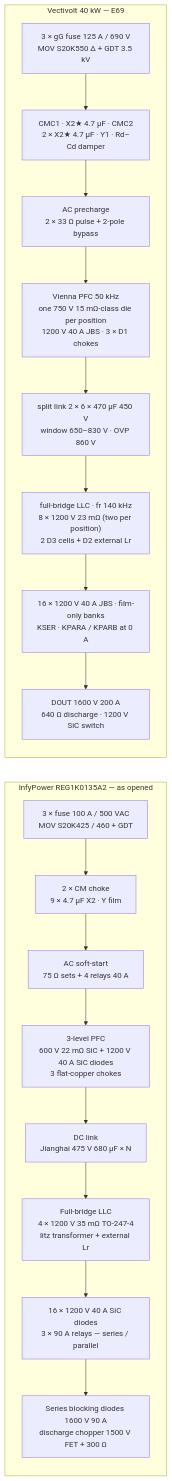
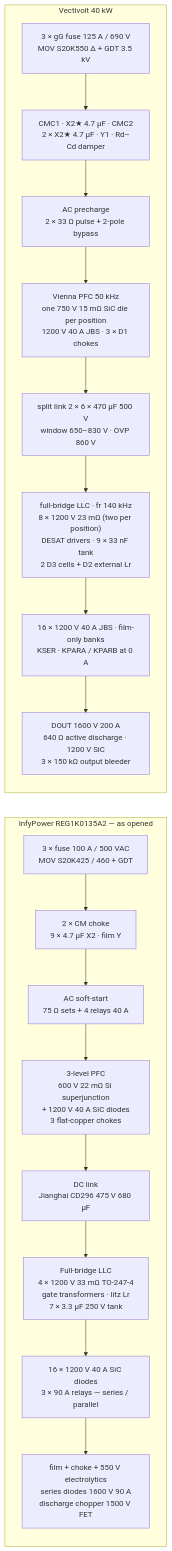
One commit to vectivolt/DC-Modules changed the first of 2 diagrams in docs/benchmark-infypower-teardown.md. Above: the diagram before and after it, drawn with Mermaid. The commit also changed other lines of this file and 802 other files, not shown here.

````diff
--- a/docs/benchmark-infypower-teardown.md
+++ b/docs/benchmark-infypower-teardown.md
@@ -93,23 +56,23 @@
 ```mermaid
 flowchart LR
   subgraph INFY["InfyPower REG1K0135A2 — as opened"]
     direction TB
-    IF["3 × fuse 100 A / 500 VAC<br/>MOV S20K425 / 460 + GDT"] --> IE["2 × CM choke<br/>9 × 4.7 µF X2 · Y film"]
+    IF["3 × fuse 100 A / 500 VAC<br/>MOV S20K425 / 460 + GDT"] --> IE["2 × CM choke<br/>9 × 4.7 µF X2 · film Y"]
     IE --> IP["AC soft-start<br/>75 Ω sets + 4 relays 40 A"]
-    IP --> IV["3-level PFC<br/>600 V 22 mΩ SiC + 1200 V 40 A SiC diodes<br/>3 flat-copper chokes"]
-    IV --> IL["DC link<br/>Jianghai 475 V 680 µF × N"]
-    IL --> ID["Full-bridge LLC<br/>4 × 1200 V 35 mΩ TO-247-4<br/>litz transformer + external Lr"]
+    IP --> IV["3-level PFC<br/>600 V 22 mΩ Si superjunction<br/>+ 1200 V 40 A SiC diodes<br/>3 flat-copper chokes"]
+    IV --> IL["DC link<br/>Jianghai CD296 475 V 680 µF"]
+    IL --> ID["Full-bridge LLC<br/>4 × 1200 V 33 mΩ TO-247-4<br/>gate transformers · litz Lr<br/>7 × 3.3 µF 250 V tank"]
     ID --> IS["16 × 1200 V 40 A SiC diodes<br/>3 × 90 A relays — series / parallel"]
-    IS --> IO["Series blocking diodes 1600 V 90 A<br/>discharge chopper 1500 V FET + 300 Ω"]
+    IS --> IO["film + choke + 550 V electrolytics<br/>series diodes 1600 V 90 A<br/>discharge chopper 1500 V FET"]
   end
-  subgraph VV["Vectivolt 40 kW — E69"]
+  subgraph VV["Vectivolt 40 kW"]
     direction TB
     VF["3 × gG fuse 125 A / 690 V<br/>MOV S20K550 Δ + GDT 3.5 kV"] --> VE["CMC1 · X2★ 4.7 µF · CMC2<br/>2 × X2★ 4.7 µF · Y1 · Rd–Cd damper"]
     VE --> VP["AC precharge<br/>2 × 33 Ω pulse + 2-pole bypass"]
-    VP --> VV1["Vienna PFC 50 kHz<br/>one 750 V 15 mΩ-class die per position<br/>1200 V 40 A JBS · 3 × D1 chokes"]
-    VV1 --> VL["split link 2 × 6 × 470 µF 450 V<br/>window 650–830 V · OVP 860 V"]
-    VL --> VD["full-bridge LLC · fr 140 kHz<br/>8 × 1200 V 23 mΩ (two per position)<br/>2 D3 cells + D2 external Lr"]
+    VP --> VV1["Vienna PFC 50 kHz<br/>one 750 V 15 mΩ SiC die per position<br/>1200 V 40 A JBS · 3 × D1 chokes"]
+    VV1 --> VL["split link 2 × 6 × 470 µF 500 V<br/>window 650–830 V · OVP 860 V"]
+    VL --> VD["full-bridge LLC · fr 140 kHz<br/>8 × 1200 V 23 mΩ (two per position)<br/>DESAT drivers · 9 × 33 nF tank<br/>2 D3 cells + D2 external Lr"]
     VD --> VS["16 × 1200 V 40 A JBS · film-only banks<br/>KSER · KPARA / KPARB at 0 A"]
-    VS --> VO["DOUT 1600 V 200 A<br/>640 Ω discharge · 1200 V SiC switch"]
+    VS --> VO["DOUT 1600 V 200 A<br/>640 Ω active discharge · 1200 V SiC<br/>3 × 150 kΩ output bleeder"]
   end
 ```
````
